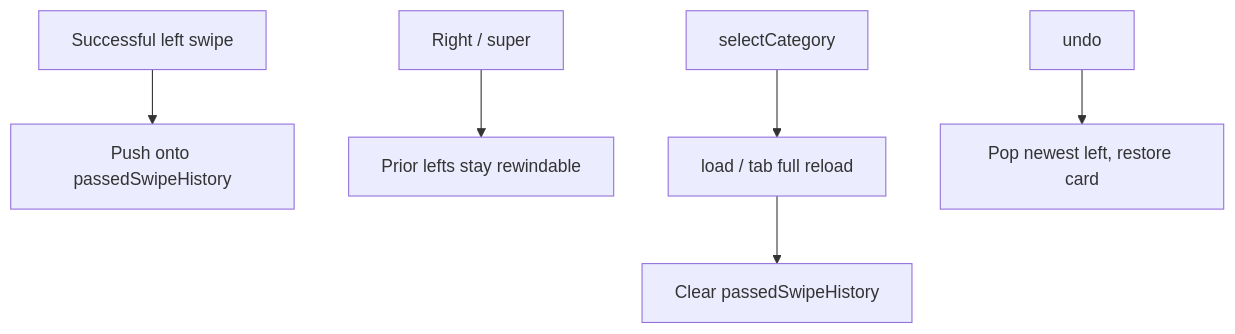
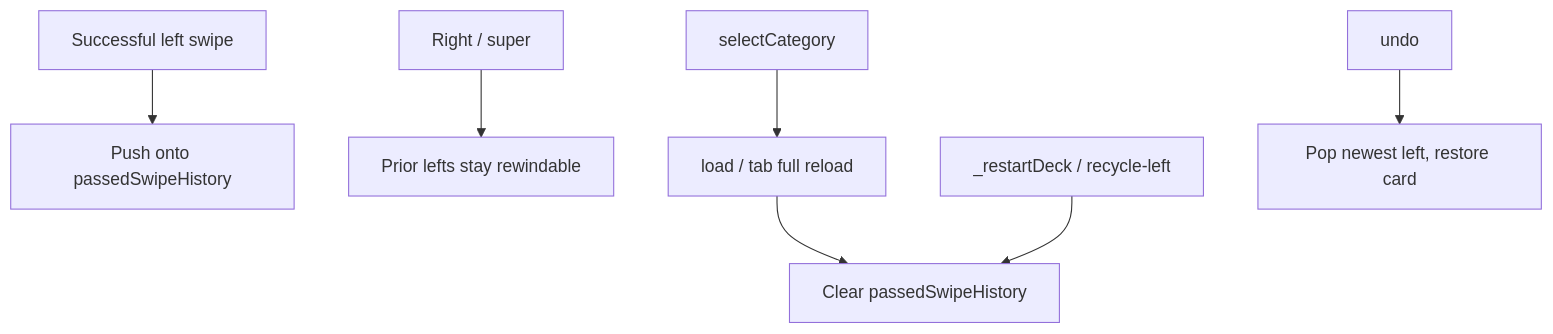
Before and after one commit to barterinfo/swaphaven-backend: the second of 7 diagrams in docs/REWIND_AND_CATEGORY.md, drawn with Mermaid. The commit also changed other lines of this file and 6 other files, not shown here.

````diff
--- a/docs/REWIND_AND_CATEGORY.md
+++ b/docs/REWIND_AND_CATEGORY.md
@@ -70,8 +70,9 @@
 ```mermaid
 flowchart TD
   Left[Successful left swipe] --> Push[Push onto passedSwipeHistory]
   Right[Right / super] --> Keep[Prior lefts stay rewindable]
   Load[load / tab full reload] --> Clear[Clear passedSwipeHistory]
   Cat[selectCategory] --> Load
+  Recycle[_restartDeck / recycle-left] --> Clear
   Undo[undo] --> Pop[Pop newest left, restore card]
 ```
````
